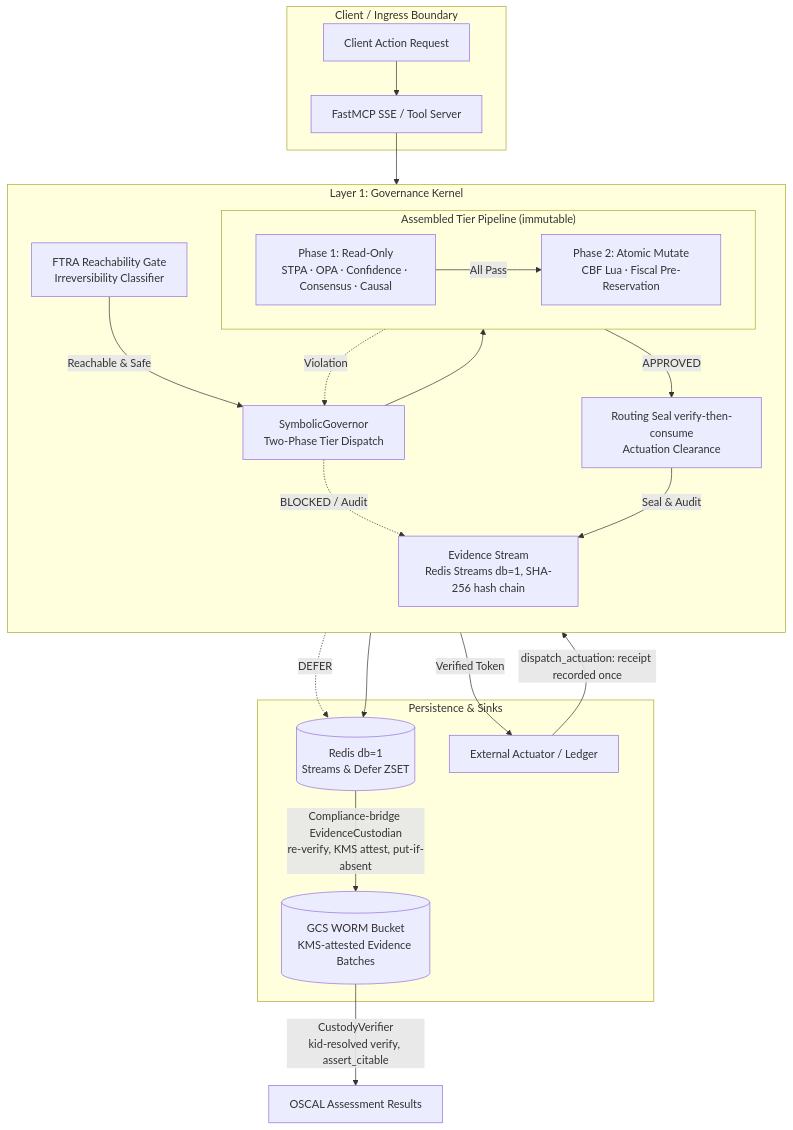
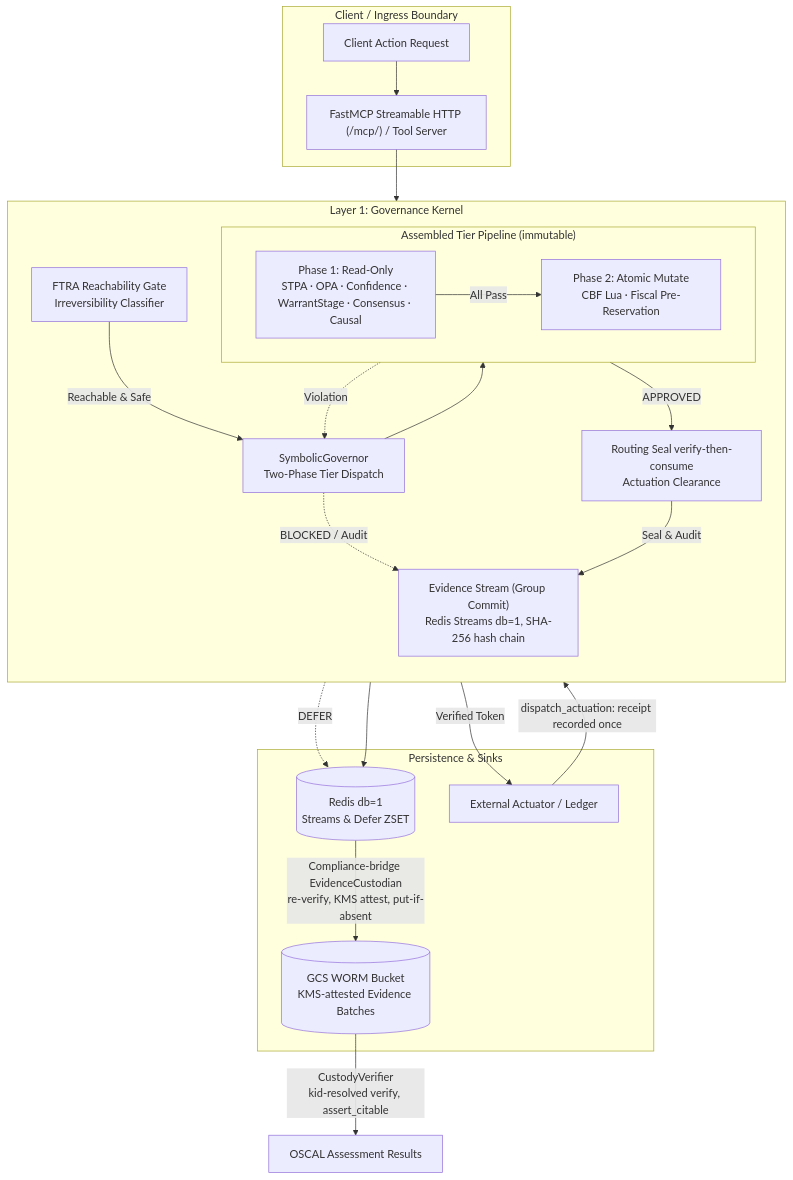
One commit to google/cybernetic-agent-governance-engine changed the first of 2 diagrams in docs/architecture/ARCHITECTURE.md. Above: the diagram before and after it, drawn with Mermaid. The commit also changed other lines of this file and 38 other files, not shown here.

Commit message:
chore(docs): update architecture docs and bump version to v3.2.0

````diff
--- a/docs/architecture/ARCHITECTURE.md
+++ b/docs/architecture/ARCHITECTURE.md
@@ -79,44 +85,44 @@
 ```mermaid
 graph TB
     subgraph INGRESS["Client / Ingress Boundary"]
         REQ[Client Action Request]
-        MCP[FastMCP SSE / Tool Server]
+        MCP["FastMCP Streamable HTTP (/mcp/) / Tool Server"]
     end
 
     subgraph KERNEL["Layer 1: Governance Kernel"]
         direction TB
         FTRA["FTRA Reachability Gate<br/>Irreversibility Classifier"]
         SYM["SymbolicGovernor<br/>Two-Phase Tier Dispatch"]
 
         subgraph TIERS["Assembled Tier Pipeline (immutable)"]
             direction LR
-            P1["Phase 1: Read-Only<br/>STPA · OPA · Confidence · Consensus · Causal"]
+            P1["Phase 1: Read-Only<br/>STPA · OPA · Confidence · WarrantStage · Consensus · Causal"]
             P2["Phase 2: Atomic Mutate<br/>CBF Lua · Fiscal Pre-Reservation"]
             P1 -->|All Pass| P2
         end
 
         CQG["Routing Seal verify-then-consume<br/>Actuation Clearance"]
-        EVID["Evidence Stream<br/>Redis Streams db=1, SHA-256 hash chain"]
+        EVID["Evidence Stream (Group Commit)<br/>Redis Streams db=1, SHA-256 hash chain"]
     end
 
     subgraph STORAGE["Persistence & Sinks"]
         R_HOT[(Redis db=1<br/>Streams & Defer ZSET)]
         CH_COLD[(GCS WORM Bucket<br/>KMS-attested Evidence Batches)]
         ACTUATOR["External Actuator / Ledger"]
     end
 
     REQ --> MCP
     MCP --> FTRA
     FTRA -->|Reachable & Safe| SYM
     SYM --> TIERS
     TIERS -->|APPROVED| CQG
     TIERS -.->|Violation| SYM
     SYM -.->|DEFER| R_HOT
     SYM -.->|BLOCKED / Audit| EVID
     CQG -->|Verified Token| ACTUATOR
     CQG -->|Seal & Audit| EVID
     ACTUATOR -->|dispatch_actuation: receipt recorded once| EVID
     EVID --> R_HOT
     R_HOT -->|Compliance-bridge EvidenceCustodian<br/>re-verify, KMS attest, put-if-absent| CH_COLD
     CH_COLD -->|CustodyVerifier<br/>kid-resolved verify, assert_citable| OSCAL_CITE[OSCAL Assessment Results]
 ```
````
